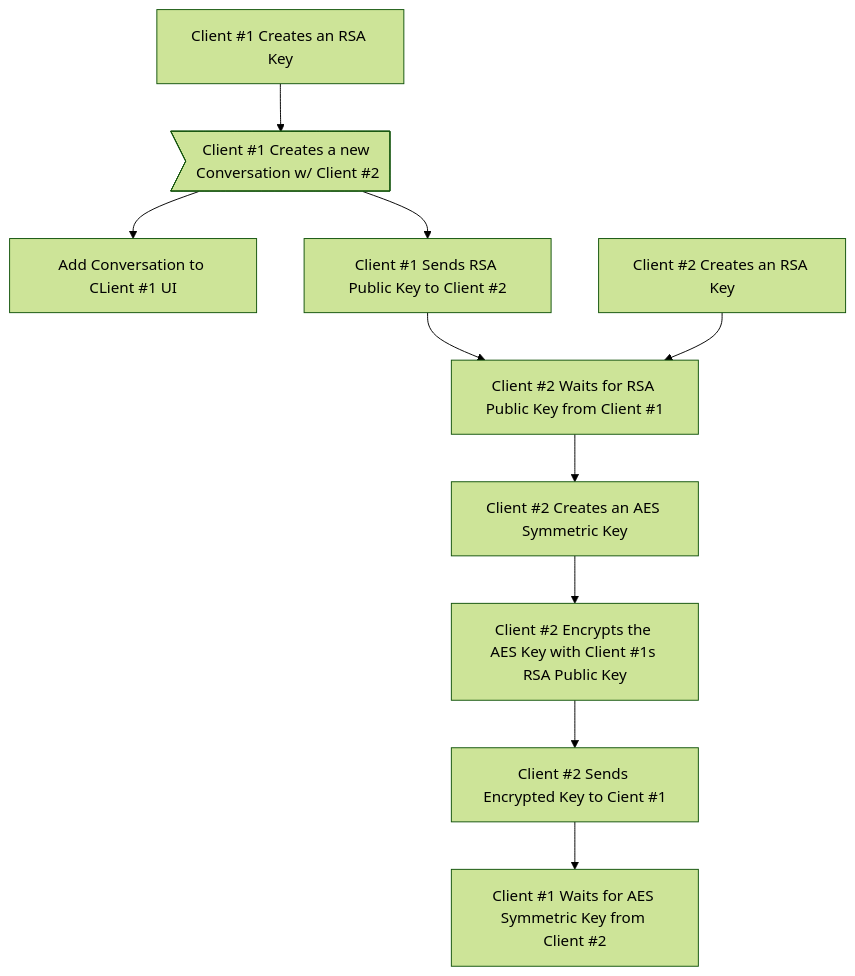
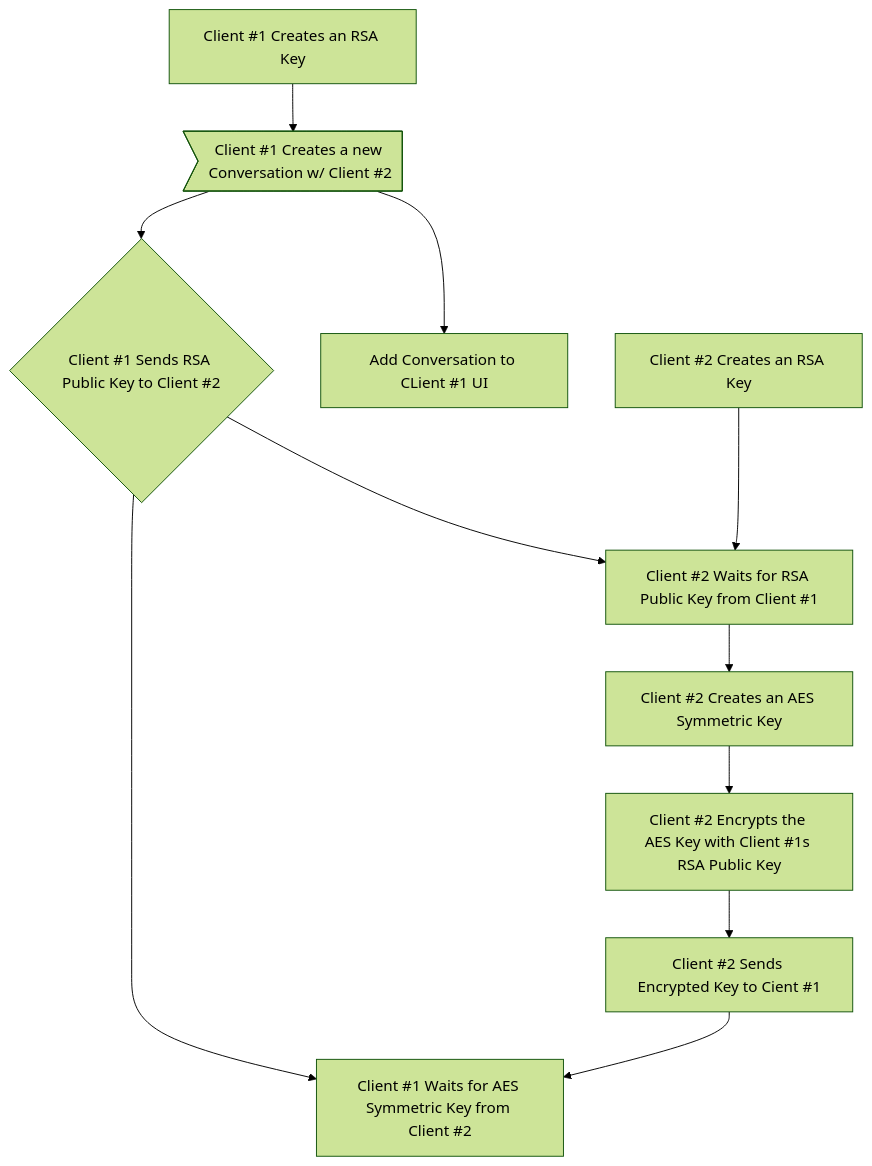
Before and after one commit to xXCrash2BomberXx/TinyChat: the diagram in README.md, drawn with Mermaid (forest theme).

````diff
--- a/README.md
+++ b/README.md
@@ -72,12 +72,13 @@
 ```mermaid
 graph TB;
   A[Client #1 Creates an RSA Key] --> B>Client #1 Creates a new Conversation w/ Client #2];
   B --> D[Add Conversation to CLient #1 UI];
-  B --> E[Client #1 Sends RSA Public Key to Client #2];
+  B --> E{Client #1 Sends RSA Public Key to Client #2};
   E --> G[Client #2 Waits for RSA Public Key from Client #1];
   F[Client #2 Creates an RSA Key] --> G;
   G --> H[Client #2 Creates an AES Symmetric Key];
   H -->I[Client #2 Encrypts the AES Key with Client #1s RSA Public Key];
   I -->J[Client #2 Sends Encrypted Key to Cient #1];
   J --> K[Client #1 Waits for AES Symmetric Key from Client #2];
+  E --> K;
 ```
````
